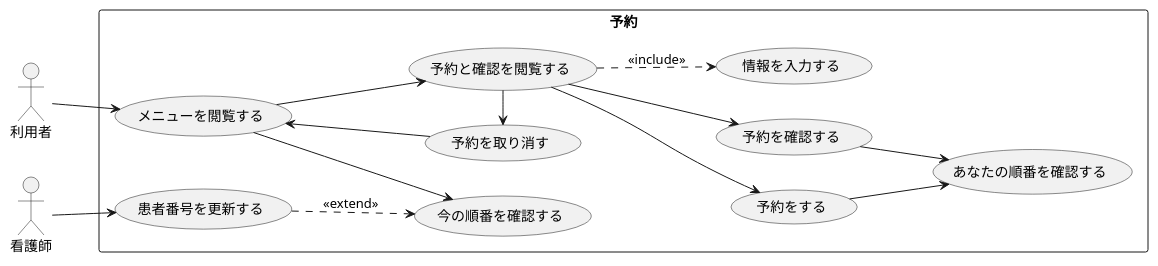
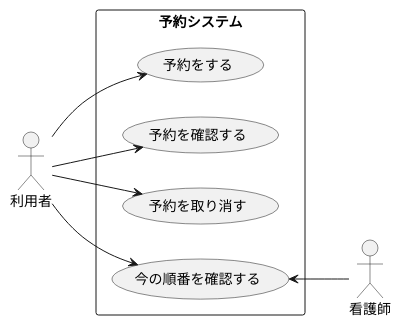
The diagram in 演習6-3_ユースケース図_診察予約システム.pu (omorirenka/uml-introduction), drawn with PlantUML before and after one commit.

Commit message:
演習6-3_ユースケース図修正

```diff
--- a/演習6-3_ユースケース図_診察予約システム.pu
+++ b/演習6-3_ユースケース図_診察予約システム.pu
@@ -1,29 +1,16 @@
 @startuml
 left to right direction
 actor 利用者
 actor 看護師
-rectangle 予約{
-usecase メニューを閲覧する
-usecase 予約と確認を閲覧する
-usecase 予約をする
-usecase 予約を確認する
-usecase 予約を取り消す
-usecase 情報を入力する
-usecase 今の順番を確認する
-usecase あなたの順番を確認する
-usecase 患者番号を更新する
+rectangle 予約システム{
+usecase 予約をするas a
+usecase 予約を確認する as b
+usecase 予約を取り消す as c
+usecase 今の順番を確認する as d
 }
-利用者 --> メニューを閲覧する
-予約と確認を閲覧する ..> 情報を入力する : << include >>
-メニューを閲覧する --> 予約と確認を閲覧する
-
-予約と確認を閲覧する --> 予約をする
-予約と確認を閲覧する --> 予約を確認する
-予約と確認を閲覧する -left-> 予約を取り消す
-予約をする --> あなたの順番を確認する
-予約を確認する --> あなたの順番を確認する
-メニューを閲覧する <-- 予約を取り消す
-メニューを閲覧する --> 今の順番を確認する
-看護師 --> 患者番号を更新する
-患者番号を更新する ..> 今の順番を確認する : <<extend>>
+利用者 --> a
+利用者 --> b
+利用者 --> c
+利用者 --> d
+d <-- 看護師
 @enduml
```
